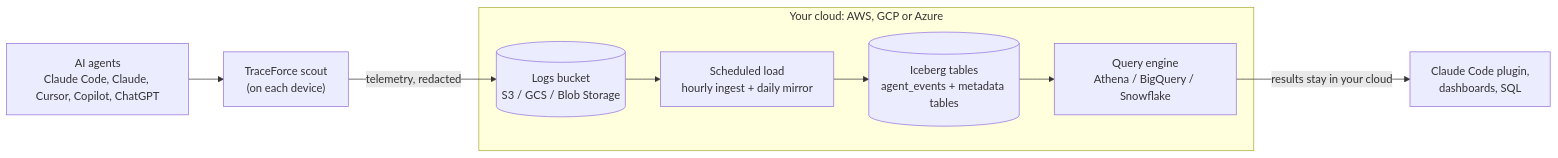
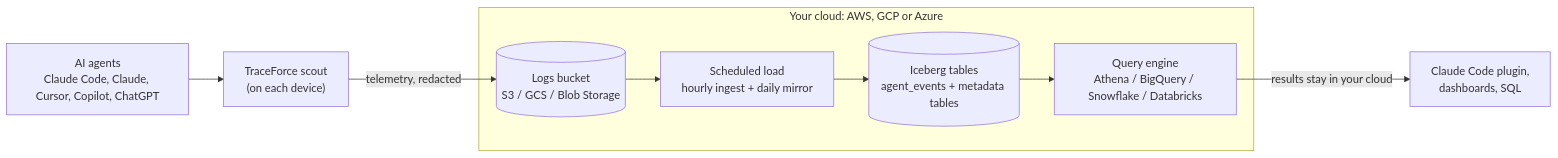
Before and after one commit to traceforce/traceforce-lakehouse: the diagram in README.md, drawn with Mermaid. The commit also changed other lines of this file and 96 other files, not shown here.

````diff
--- a/README.md
+++ b/README.md
@@ -29,15 +29,15 @@
 ```mermaid
 flowchart LR
   agents["AI agents<br/>Claude Code, Claude, Cursor, Copilot, ChatGPT"] --> scout["TraceForce scout<br/>(on each device)"]
 
   subgraph cloud["Your cloud: AWS, GCP or Azure"]
     bucket[("Logs bucket<br/>S3 / GCS / Blob Storage")]
     load["Scheduled load<br/>hourly ingest + daily mirror"]
     tables[("Iceberg tables<br/>agent_events + metadata tables")]
-    engine["Query engine<br/>Athena / BigQuery / Snowflake"]
+    engine["Query engine<br/>Athena / BigQuery / Snowflake / Databricks"]
     bucket --> load --> tables --> engine
   end
 
   scout -- "telemetry, redacted" --> bucket
   engine -- "results stay in your cloud" --> you["Claude Code plugin,<br/>dashboards, SQL"]
 ```
````
